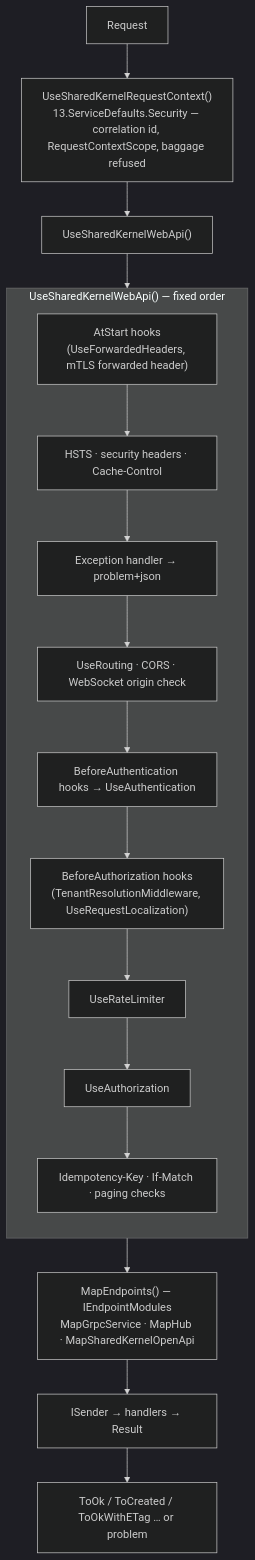
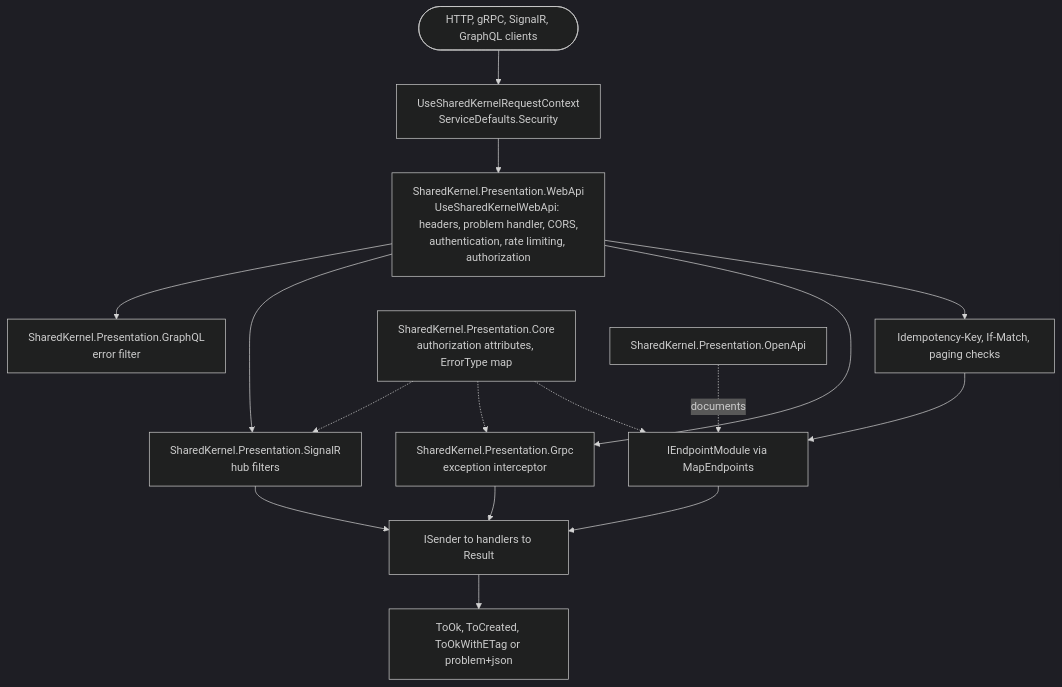
Before and after one commit to Gresta-Vertex-Labs/platform-shared-kernel: the diagram in src/Hosting/Presentation/README.md, drawn with Mermaid (dark theme). The commit also changed other lines of this file and 228 other files, not shown here.

````diff
--- a/src/Hosting/Presentation/README.md
+++ b/src/Hosting/Presentation/README.md
@@ -52,20 +58,18 @@
 ```mermaid
 flowchart TD
-    R["Request"] --> RC["UseSharedKernelRequestContext()<br/>13.ServiceDefaults.Security — correlation id, RequestContextScope, baggage refused"]
-    RC --> W["UseSharedKernelWebApi()"]
-    subgraph W1["UseSharedKernelWebApi() — fixed order"]
-        direction TB
-        S["AtStart hooks<br/>(UseForwardedHeaders, mTLS forwarded header)"] --> H["HSTS · security headers · Cache-Control"]
-        H --> X["Exception handler → problem+json"]
-        X --> RO["UseRouting · CORS · WebSocket origin check"]
-        RO --> BA["BeforeAuthentication hooks → UseAuthentication"]
-        BA --> BZ["BeforeAuthorization hooks<br/>(TenantResolutionMiddleware, UseRequestLocalization)"]
-        BZ --> RL["UseRateLimiter"]
-        RL --> AZ["UseAuthorization"]
-        AZ --> HC["Idempotency-Key · If-Match · paging checks"]
-    end
-    W --> W1
-    HC --> E["MapEndpoints() — IEndpointModules<br/>MapGrpcService · MapHub · MapSharedKernelOpenApi"]
-    E --> SND["ISender → handlers → Result"]
-    SND --> TR["ToOk / ToCreated / ToOkWithETag … or problem"]
+    C(["HTTP, gRPC, SignalR, GraphQL clients"]) --> RC["UseSharedKernelRequestContext<br/>ServiceDefaults.Security"]
+    RC --> W["SharedKernel.Presentation.WebApi<br/>UseSharedKernelWebApi: headers, problem handler, CORS,<br/>authentication, rate limiting, authorization"]
+    W --> HC["Idempotency-Key, If-Match, paging checks"]
+    HC --> E["IEndpointModule via MapEndpoints"]
+    W --> G["SharedKernel.Presentation.Grpc<br/>exception interceptor"]
+    W --> S["SharedKernel.Presentation.SignalR<br/>hub filters"]
+    W --> Q["SharedKernel.Presentation.GraphQL<br/>error filter"]
+    CORE["SharedKernel.Presentation.Core<br/>authorization attributes, ErrorType map"] -.-> E
+    CORE -.-> G
+    CORE -.-> S
+    E --> SND["ISender to handlers to Result"]
+    G --> SND
+    S --> SND
+    SND --> OUT["ToOk, ToCreated, ToOkWithETag or problem+json"]
+    O["SharedKernel.Presentation.OpenApi"] -. documents .-> E
 ```
````
